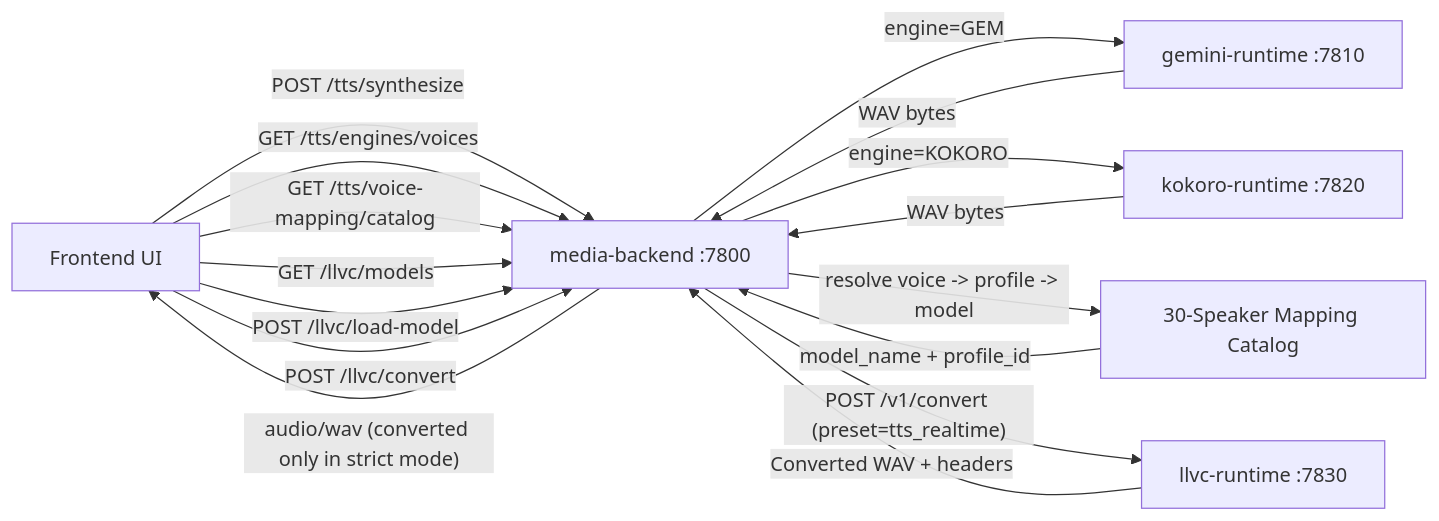
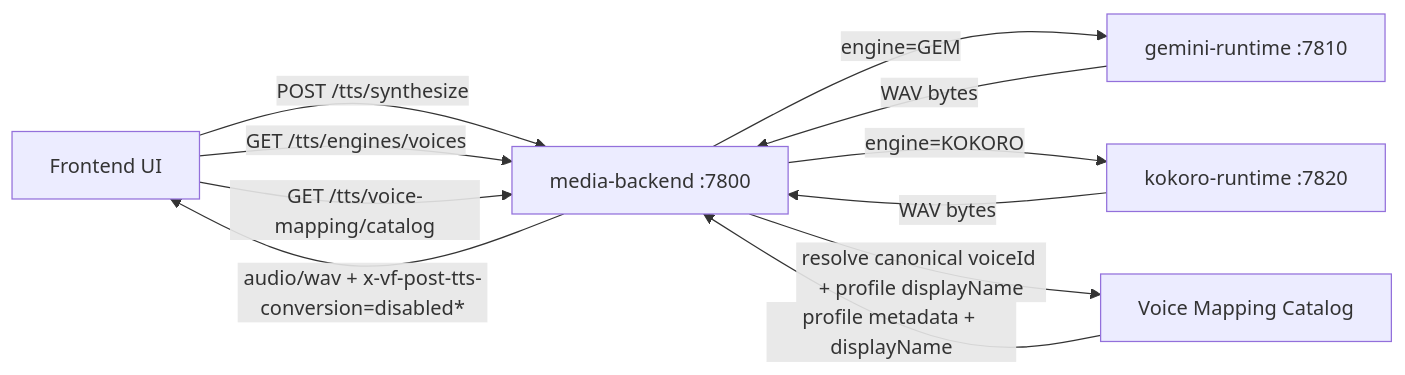
The first of 3 diagrams in docs/TTS_LLVC_MULTISPEAKER_FLOW.md (rease00/VOICE-FLOW-2.0), drawn with Mermaid before and after one commit. The commit also changed other lines of this file and 21 other files, not shown here.

````diff
--- a/docs/TTS_LLVC_MULTISPEAKER_FLOW.md
+++ b/docs/TTS_LLVC_MULTISPEAKER_FLOW.md
@@ -5,23 +5,17 @@
 ```mermaid
 flowchart LR
     FE["Frontend UI"] -->|POST /tts/synthesize| MB["media-backend :7800"]
     FE -->|GET /tts/engines/voices| MB
     FE -->|GET /tts/voice-mapping/catalog| MB
-    FE -->|GET /llvc/models| MB
-    FE -->|POST /llvc/load-model| MB
-    FE -->|POST /llvc/convert| MB
 
     MB -->|"engine=GEM"| GEM["gemini-runtime :7810"]
     MB -->|"engine=KOKORO"| KOK["kokoro-runtime :7820"]
 
     GEM -->|"WAV bytes"| MB
     KOK -->|"WAV bytes"| MB
 
-    MB -->|"resolve voice -> profile -> model"| MAP["30-Speaker Mapping Catalog"]
-    MAP -->|"model_name + profile_id"| MB
+    MB -->|"resolve canonical voiceId + profile displayName"| MAP["Voice Mapping Catalog"]
+    MAP -->|"profile metadata + displayName"| MB
 
-    MB -->|"POST /v1/convert (preset=tts_realtime)"| LLVC["llvc-runtime :7830"]
-    LLVC -->|"Converted WAV + headers"| MB
-
-    MB -->|"audio/wav (converted only in strict mode)"| FE
+    MB -->|"audio/wav + x-vf-post-tts-conversion=disabled* "| FE
 ```
````
